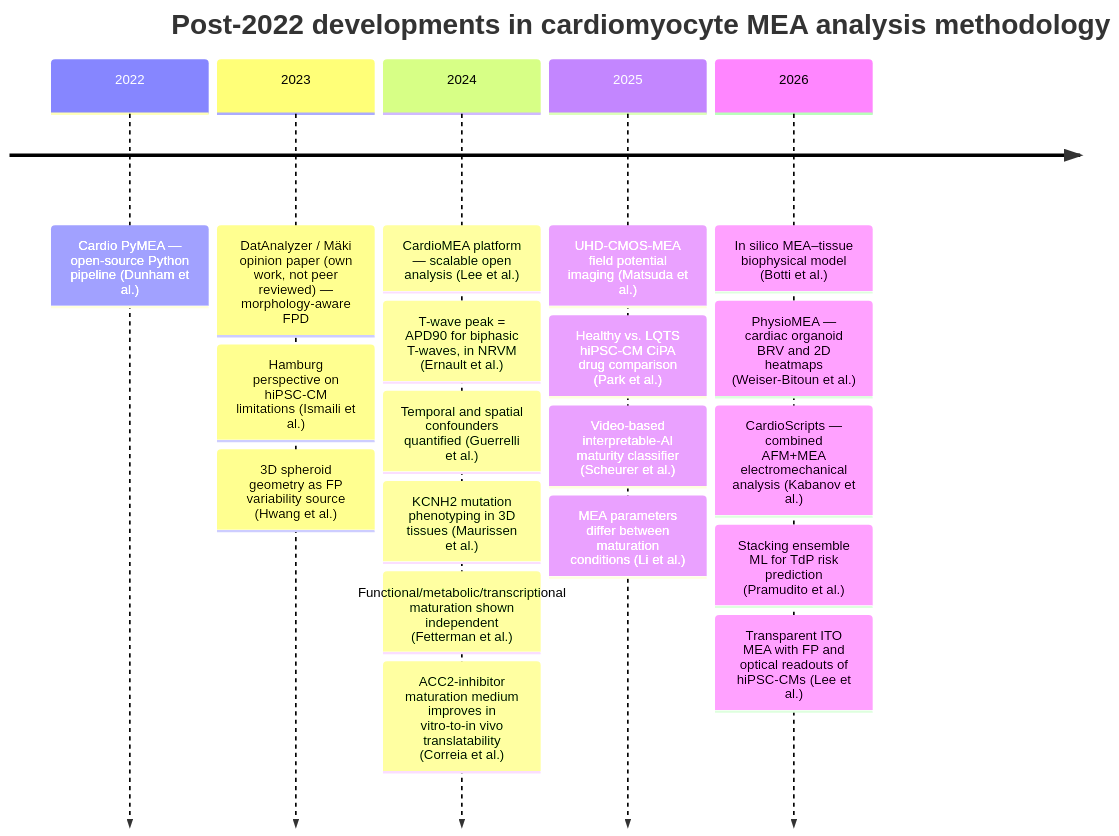
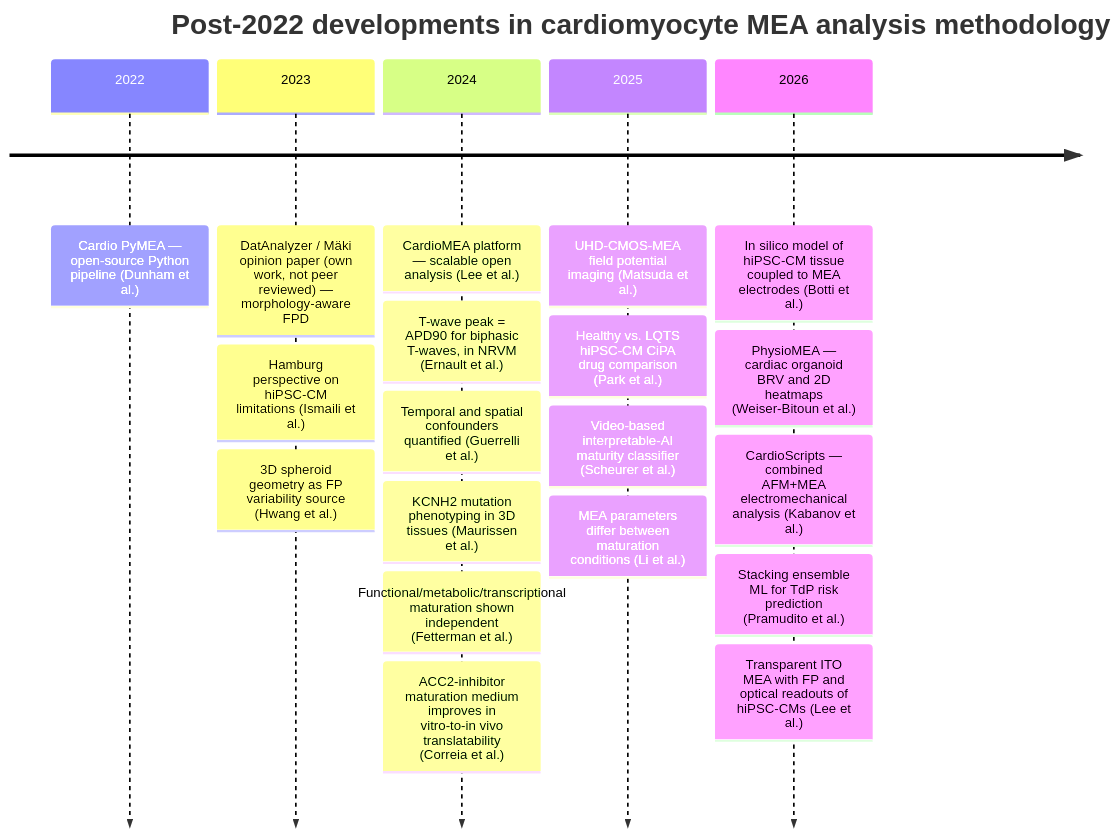
One commit to AnaHill/MEA_review_llm_wiki changed the first of 2 diagrams in main.md. Above: the diagram before and after it, drawn with Mermaid. The commit also changed 2 other files, not shown here.

Commit message:
clarify the Botti timeline label as a tissue model coupled to MEA electrodes

````diff
--- a/main.md
+++ b/main.md
@@ -74,23 +74,23 @@
 ```mermaid
 timeline
     title Post-2022 developments in cardiomyocyte MEA analysis methodology
     2022 : Cardio PyMEA — open-source Python pipeline (Dunham et al.)
     2023 : DatAnalyzer / Mäki opinion paper (own work, not peer reviewed) — morphology-aware FPD
          : Hamburg perspective on hiPSC-CM limitations (Ismaili et al.)
          : 3D spheroid geometry as FP variability source (Hwang et al.)
     2024 : CardioMEA platform — scalable open analysis (Lee et al.)
          : T-wave peak = APD90 for biphasic T-waves, in NRVM (Ernault et al.)
          : Temporal and spatial confounders quantified (Guerrelli et al.)
          : KCNH2 mutation phenotyping in 3D tissues (Maurissen et al.)
          : Functional/metabolic/transcriptional maturation shown independent (Fetterman et al.)
          : ACC2-inhibitor maturation medium improves in vitro-to-in vivo translatability (Correia et al.)
     2025 : UHD-CMOS-MEA field potential imaging (Matsuda et al.)
          : Healthy vs. LQTS hiPSC-CM CiPA drug comparison (Park et al.)
          : Video-based interpretable-AI maturity classifier (Scheurer et al.)
          : MEA parameters differ between maturation conditions (Li et al.)
-    2026 : In silico MEA–tissue biophysical model (Botti et al.)
+    2026 : In silico model of hiPSC-CM tissue coupled to MEA electrodes (Botti et al.)
          : PhysioMEA — cardiac organoid BRV and 2D heatmaps (Weiser-Bitoun et al.)
          : CardioScripts — combined AFM+MEA electromechanical analysis (Kabanov et al.)
          : Stacking ensemble ML for TdP risk prediction (Pramudito et al.)
          : Transparent ITO MEA with FP and optical readouts of hiPSC-CMs (Lee et al.)
 ```
````
